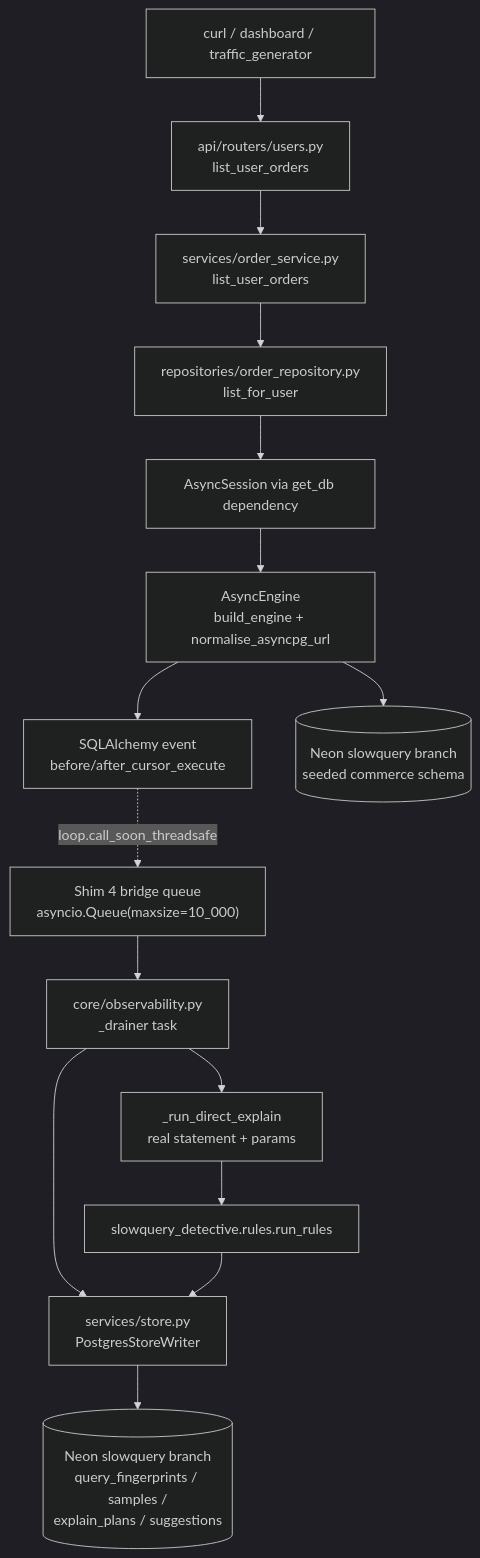
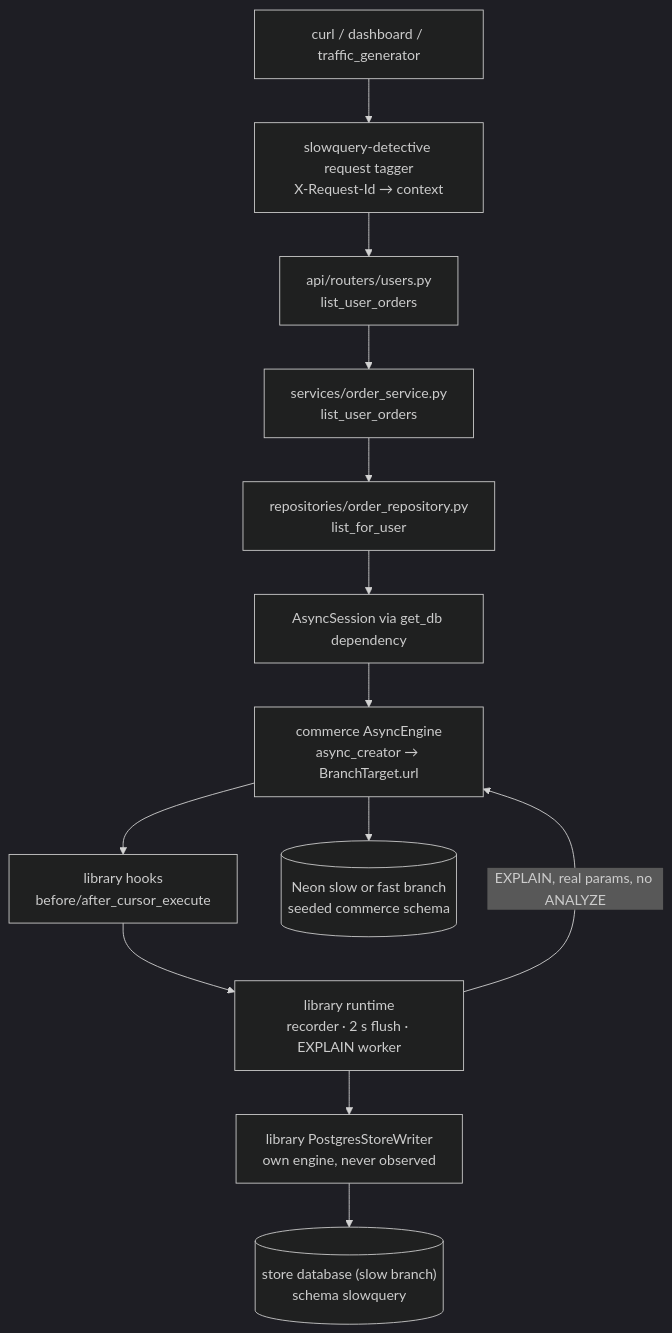
Before and after one commit to Abdul-Muizz1310/slowquery-demo-backend: the first of 4 diagrams in docs/ARCHITECTURE.md, drawn with Mermaid (dark theme). The commit also changed other lines of this file and 48 other files, not shown here.

First line of the commit message:
feat(observability): move onto slowquery-detective 0.2

````diff
--- a/docs/ARCHITECTURE.md
+++ b/docs/ARCHITECTURE.md
@@ -25,33 +25,23 @@
 ```mermaid
 flowchart TD
     Client["curl / dashboard / traffic_generator"]
+    Tagger["slowquery-detective request tagger<br/>X-Request-Id → context"]
     Router["api/routers/users.py<br/>list_user_orders"]
     Service["services/order_service.py<br/>list_user_orders"]
     Repo["repositories/order_repository.py<br/>list_for_user"]
     Session["AsyncSession via get_db dependency"]
-    Engine["AsyncEngine<br/>build_engine + normalise_asyncpg_url"]
-    Hook["SQLAlchemy event<br/>before/after_cursor_execute"]
-    Neon1[("Neon slowquery branch<br/>seeded commerce schema")]
+    Engine["commerce AsyncEngine<br/>async_creator → BranchTarget.url"]
+    Hook["library hooks<br/>before/after_cursor_execute"]
+    Neon1[("Neon slow or fast branch<br/>seeded commerce schema")]
 
-    Bridge["Shim 4 bridge queue<br/>asyncio.Queue(maxsize=10_000)"]
-    Drainer["core/observability.py<br/>_drainer task"]
-    StoreWriter["services/store.py<br/>PostgresStoreWriter"]
-    DirectExplain["_run_direct_explain<br/>real statement + params"]
-    Rules["slowquery_detective.rules.run_rules"]
-    Neon2[("Neon slowquery branch<br/>query_fingerprints / samples /<br/>explain_plans / suggestions")]
+    Runtime["library runtime<br/>recorder · 2 s flush · EXPLAIN worker"]
+    Store["library PostgresStoreWriter<br/>own engine, never observed"]
+    Neon2[("store database (slow branch)<br/>schema slowquery")]
 
-    Client --> Router
-    Router --> Service
-    Service --> Repo
-    Repo --> Session
-    Session --> Engine
+    Client --> Tagger --> Router --> Service --> Repo --> Session --> Engine
+    Engine --> Neon1
     Engine --> Hook
-    Engine --> Neon1
-    Hook -. "loop.call_soon_threadsafe" .-> Bridge
-    Bridge --> Drainer
-    Drainer --> StoreWriter
-    Drainer --> DirectExplain
-    DirectExplain --> Rules
-    Rules --> StoreWriter
-    StoreWriter --> Neon2
+    Hook --> Runtime
+    Runtime -- "EXPLAIN, real params, no ANALYZE" --> Engine
+    Runtime --> Store --> Neon2
 ```
````
